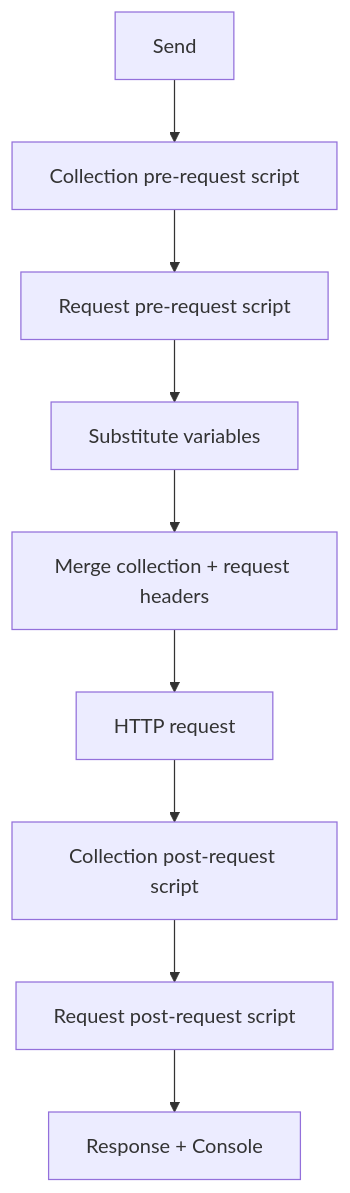
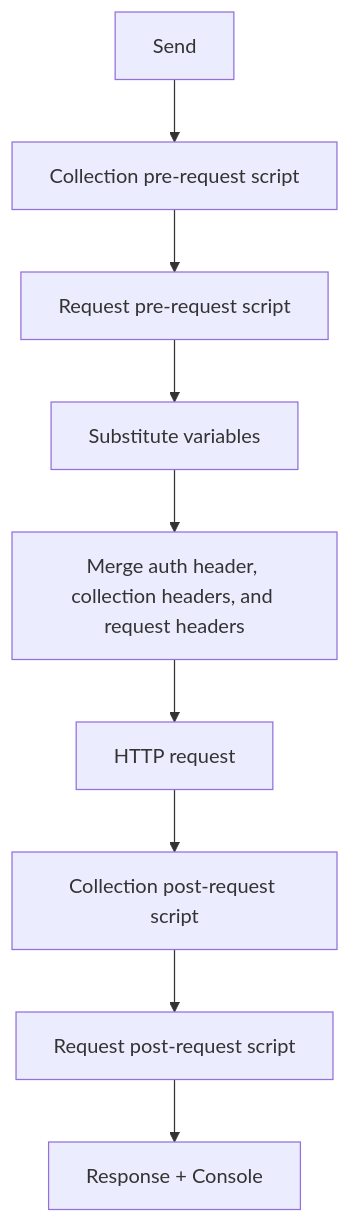
The diagram in docs/collections.md (headzoo/harborclient), drawn with Mermaid before and after one commit. The commit also changed other lines of this file and 39 other files, not shown here.

````diff
--- a/docs/collections.md
+++ b/docs/collections.md
@@ -268,11 +296,11 @@
 ```mermaid
 flowchart TD
   send[Send] --> collPre[Collection pre-request script]
   collPre --> reqPre[Request pre-request script]
   reqPre --> substitute["Substitute variables"]
-  substitute --> mergeHeaders[Merge collection + request headers]
+  substitute --> mergeHeaders["Merge auth header, collection headers, and request headers"]
   mergeHeaders --> fetch[HTTP request]
   fetch --> collPost[Collection post-request script]
   collPost --> reqPost[Request post-request script]
   reqPost --> done[Response + Console]
 ```
````
